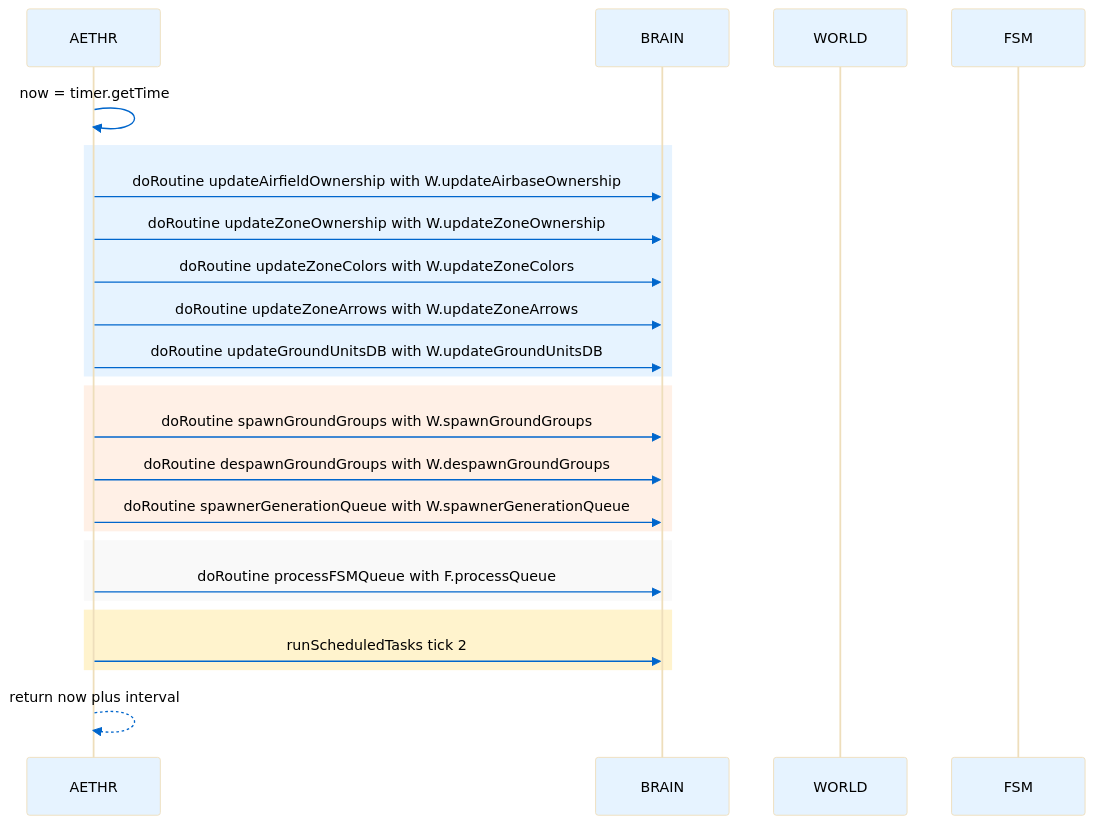
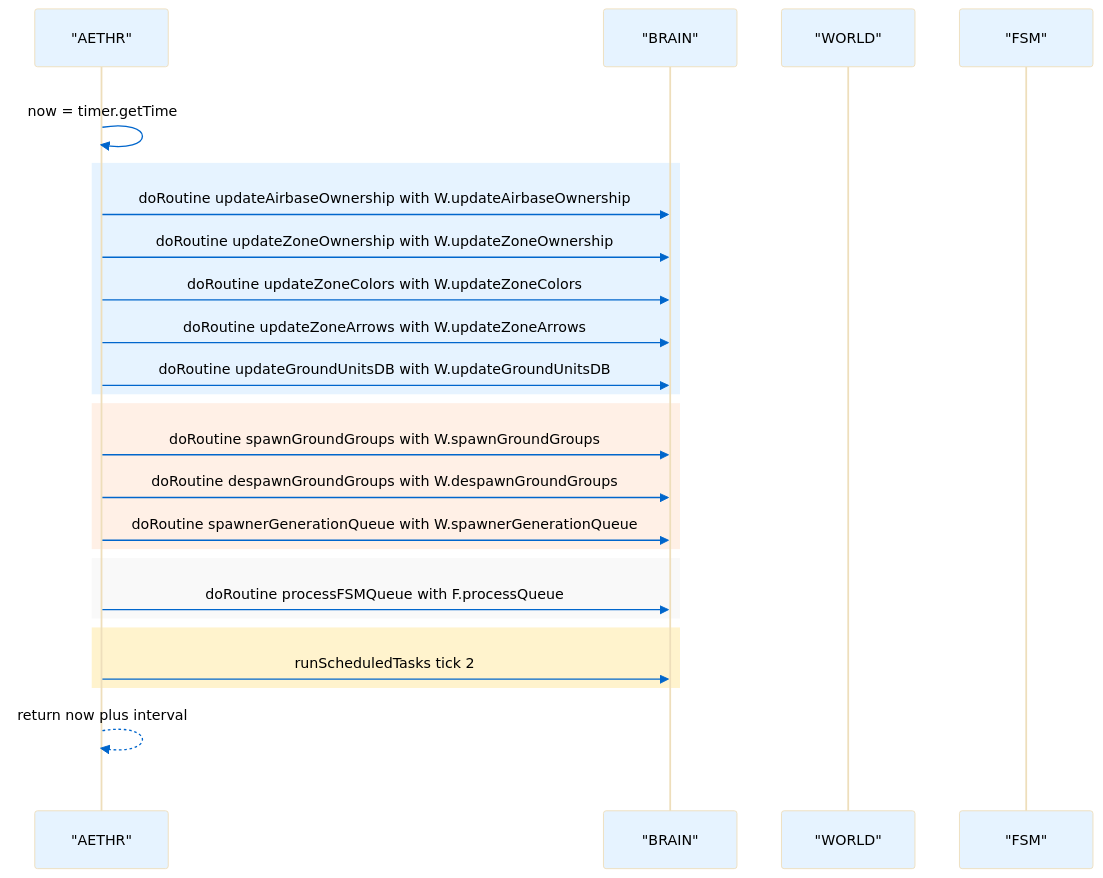
Before and after one commit to Gh0st352/AETHR: the second of 2 diagrams in docs/aethr/background_processes.md, drawn with Mermaid. The commit also changed other lines of this file and 6 other files, not shown here.

First line of the commit message:
Refactor documentation with enhanced flowcharts and sequence diagrams

````diff
--- a/docs/aethr/background_processes.md
+++ b/docs/aethr/background_processes.md
@@ -78,35 +83,36 @@
 ```mermaid
-%%{init: {"theme":"base","themeVariables":{"actorBkg":"#e6f3ff","actorTextColor":"#000","lineColor":"#495057","signalColor":"#0066cc","signalTextColor":"#000","fontSize":"14px"}}}%%
+%%{init: {"theme":"base","themeVariables":{"actorBkg":"#e6f3ff","actorTextColor":"#000000ff","lineColor":"#495057","signalColor":"#0066cc","signalTextColor":"#000000ff","textColor":"#000000ff","fontSize":"14px"}}}%%
 sequenceDiagram
-  participant A as AETHR
-  participant B as BRAIN
-  participant W as WORLD
-  participant F as FSM
+  participant A as "AETHR"
+  participant B as "BRAIN"
+  participant W as "WORLD"
+  participant F as "FSM"
 
+  rect rgba(255, 255, 255, 0.75)
+    A->>A: now = timer.getTime
 
-  A->>A: now = timer.getTime
+    rect rgb(230,243,255)
+      A->>B: doRoutine updateAirbaseOwnership with W.updateAirbaseOwnership
+      A->>B: doRoutine updateZoneOwnership with W.updateZoneOwnership
+      A->>B: doRoutine updateZoneColors with W.updateZoneColors
+      A->>B: doRoutine updateZoneArrows with W.updateZoneArrows
+      A->>B: doRoutine updateGroundUnitsDB with W.updateGroundUnitsDB
+    end
 
-  rect rgb(230,243,255)
-    A->>B: doRoutine updateAirfieldOwnership with W.updateAirbaseOwnership
-    A->>B: doRoutine updateZoneOwnership with W.updateZoneOwnership
-    A->>B: doRoutine updateZoneColors with W.updateZoneColors
-    A->>B: doRoutine updateZoneArrows with W.updateZoneArrows
-    A->>B: doRoutine updateGroundUnitsDB with W.updateGroundUnitsDB
+    rect rgb(255,240,230)
+      A->>B: doRoutine spawnGroundGroups with W.spawnGroundGroups
+      A->>B: doRoutine despawnGroundGroups with W.despawnGroundGroups
+      A->>B: doRoutine spawnerGenerationQueue with W.spawnerGenerationQueue
+    end
+
+    rect rgb(249,249,249)
+      A->>B: doRoutine processFSMQueue with F.processQueue
+    end
+
+    rect rgb(255,243,205)
+      A->>B: runScheduledTasks tick 2
+    end
+
+    A-->>A: return now plus interval
   end
-
-  rect rgb(255,240,230)
-    A->>B: doRoutine spawnGroundGroups with W.spawnGroundGroups
-    A->>B: doRoutine despawnGroundGroups with W.despawnGroundGroups
-    A->>B: doRoutine spawnerGenerationQueue with W.spawnerGenerationQueue
-  end
-
-  rect rgb(249,249,249)
-    A->>B: doRoutine processFSMQueue with F.processQueue
-  end
-
-  rect rgb(255,243,205)
-    A->>B: runScheduledTasks tick 2
-  end
-
-  A-->>A: return now plus interval
 ```
````
